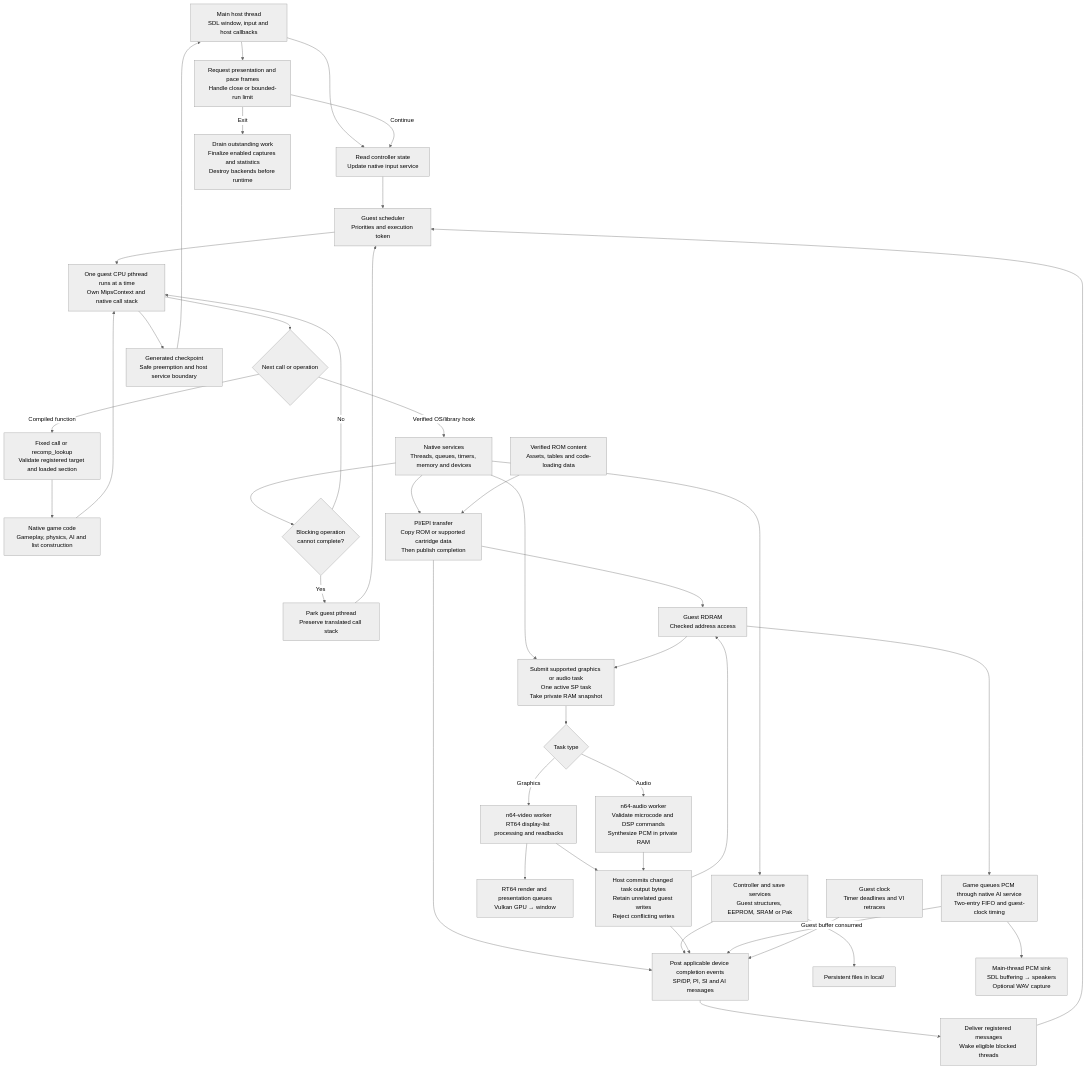
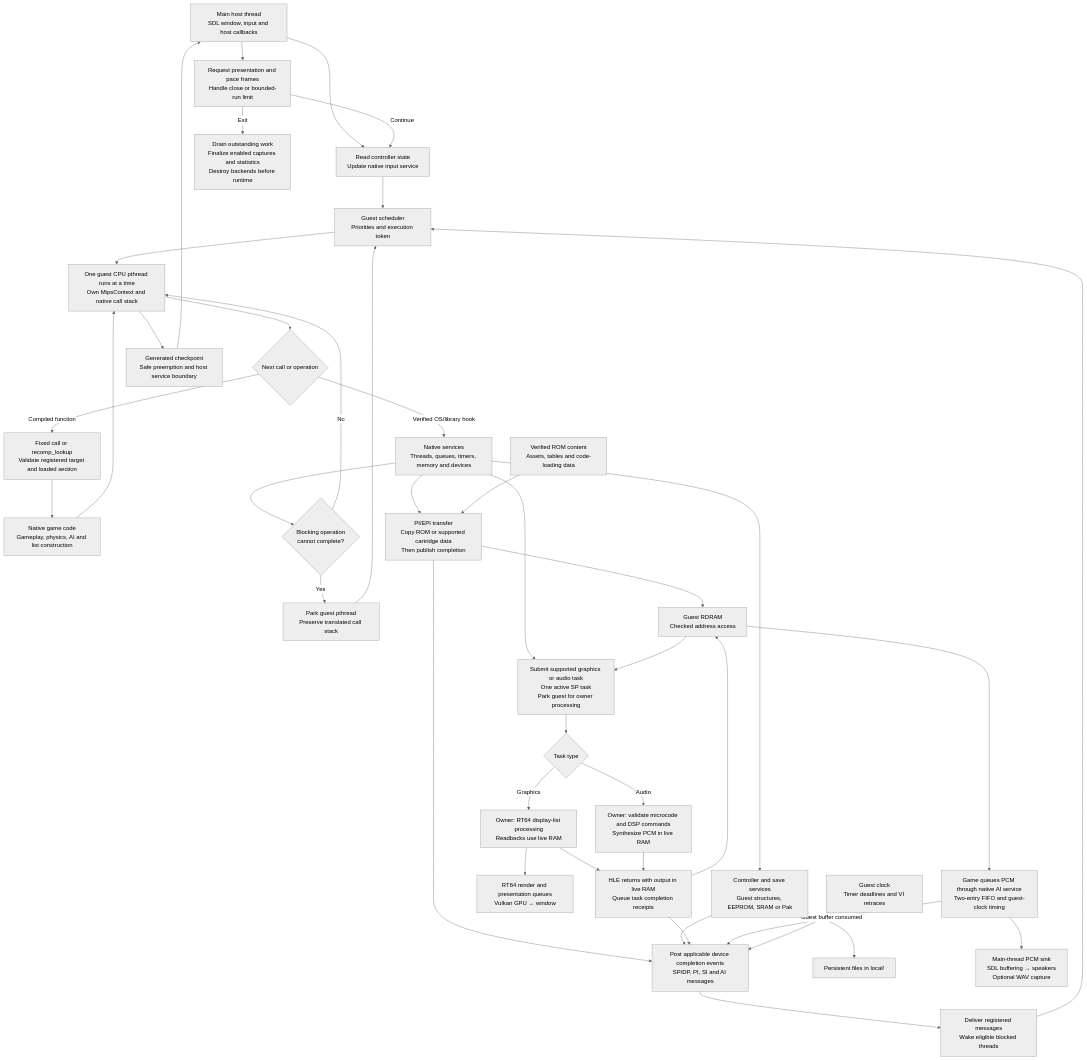
The third of 6 diagrams in docs/process-flow.md (polaco1782/v64recomp), drawn with Mermaid (neutral theme) before and after one commit. The commit also changed other lines of this file and 20 other files, not shown here.

Commit message:
Process HLE tasks synchronously against live guest RAM

````diff
--- a/docs/process-flow.md
+++ b/docs/process-flow.md
@@ -107,43 +107,43 @@
 ```mermaid
 flowchart TD
     Main["Main host thread<br/>SDL window, input and host callbacks"] --> Input["Read controller state<br/>Update native input service"]
     Input --> Scheduler["Guest scheduler<br/>Priorities and execution token"]
     Scheduler --> Guest["One guest CPU pthread runs at a time<br/>Own MipsContext and native call stack"]
     Guest --> Calls{"Next call or operation"}
     Calls -->|"Compiled function"| Registry["Fixed call or recomp_lookup<br/>Validate registered target and loaded section"]
     Registry --> Logic["Native game code<br/>Gameplay, physics, AI and list construction"]
     Logic --> Guest
     Calls -->|"Verified OS/library hook"| OS["Native services<br/>Threads, queues, timers, memory and devices"]
     OS --> Block{"Blocking operation<br/>cannot complete?"}
     Block -->|Yes| Park["Park guest pthread<br/>Preserve translated call stack"]
     Park --> Scheduler
     Block -->|No| Guest
     OS --> DMA["PI/EPI transfer<br/>Copy ROM or supported cartridge data<br/>Then publish completion"]
     Content["Verified ROM content<br/>Assets, tables and code-loading data"] --> DMA
     DMA --> RAM["Guest RDRAM<br/>Checked address access"]
     DMA --> Events
     OS --> IO["Controller and save services<br/>Guest structures, EEPROM, SRAM or Pak"]
     IO --> Files["Persistent files in local/"]
     IO --> Events
-    OS --> SP["Submit supported graphics or audio task<br/>One active SP task<br/>Take private RAM snapshot"]
+    OS --> SP["Submit supported graphics or audio task<br/>One active SP task<br/>Park guest for owner processing"]
     RAM --> SP
     SP --> Kind{"Task type"}
-    Kind -->|Graphics| Video["n64-video worker<br/>RT64 display-list processing and readbacks"]
-    Kind -->|Audio| Audio["n64-audio worker<br/>Validate microcode and DSP commands<br/>Synthesize PCM in private RAM"]
+    Kind -->|Graphics| Video["Owner: RT64 display-list processing<br/>Readbacks use live RAM"]
+    Kind -->|Audio| Audio["Owner: validate microcode and DSP commands<br/>Synthesize PCM in live RAM"]
     Video --> GPU["RT64 render and presentation queues<br/>Vulkan GPU → window"]
-    Video --> Merge["Host commits changed task output bytes<br/>Retain unrelated guest writes<br/>Reject conflicting writes"]
+    Video --> Merge["HLE returns with output in live RAM<br/>Queue task completion receipts"]
     Audio --> Merge
     Merge --> Events["Post applicable device completion events<br/>SP/DP, PI, SI and AI messages"]
     Merge --> RAM
     RAM --> AI["Game queues PCM through native AI service<br/>Two-entry FIFO and guest-clock timing"]
     AI --> PCM["Main-thread PCM sink<br/>SDL buffering → speakers<br/>Optional WAV capture"]
     AI -->|"Guest buffer consumed"| Events
     Clock["Guest clock<br/>Timer deadlines and VI retraces"] --> Events
     Events --> Wake["Deliver registered messages<br/>Wake eligible blocked threads"]
     Wake --> Scheduler
     Guest --> Checkpoint["Generated checkpoint<br/>Safe preemption and host service boundary"]
     Checkpoint --> Main
     Main --> Present["Request presentation and pace frames<br/>Handle close or bounded-run limit"]
     Present -->|Continue| Input
     Present -->|Exit| Drain["Drain outstanding work<br/>Finalize enabled captures and statistics<br/>Destroy backends before runtime"]
 ```
````
